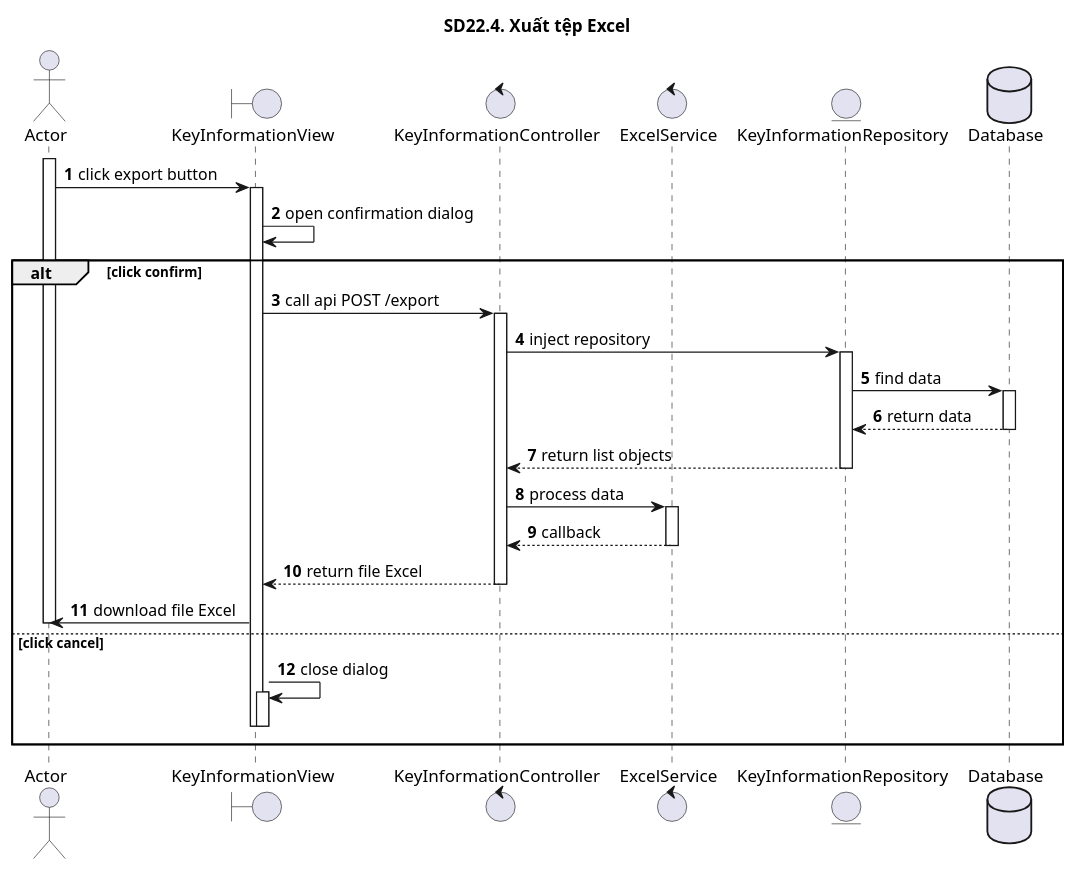
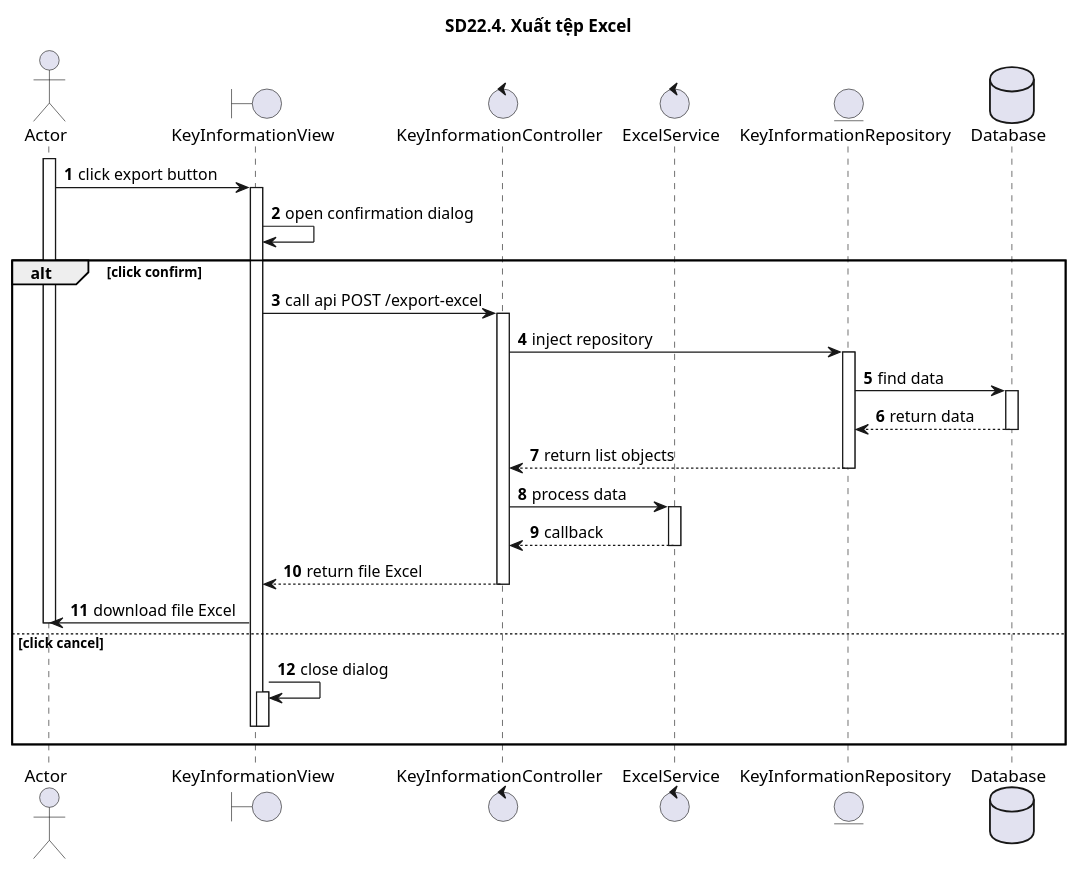
One commit to ITZ-Developers/Finance-UML changed the diagram in 22_QuanLyKey/sd22.4.puml. Above: the diagram before and after it, drawn with PlantUML. The commit also changed 7 other files, not shown here.

```diff
--- a/22_QuanLyKey/sd22.4.puml
+++ b/22_QuanLyKey/sd22.4.puml
@@ -1,39 +1,39 @@
 @startuml SQ
 autonumber
 title SD22.4. Xuất tệp Excel
 actor "Actor" as actor
 boundary "KeyInformationView" as view
 control "KeyInformationController" as controller
 control "ExcelService" as service
 entity "KeyInformationRepository" as model
 database "Database" as database
 activate actor
 actor -> view : click export button
 activate view
 view -> view: open confirmation dialog
 alt click confirm
-view -> controller : call api POST /export
+view -> controller : call api POST /export-excel
 activate controller
 controller -> model : inject repository
 activate model
 model -> database : find data
 activate database
 database --> model : return data
 deactivate database
 model --> controller : return list objects
 deactivate model
 controller -> service: process data
 activate service
 service --> controller : callback
 deactivate service
 controller --> view : return file Excel
 deactivate controller
 view -> actor: download file Excel
 deactivate actor
 else click cancel
 view -> view: close dialog
 activate view
 deactivate view
 deactivate view
 end
 @enduml
```
